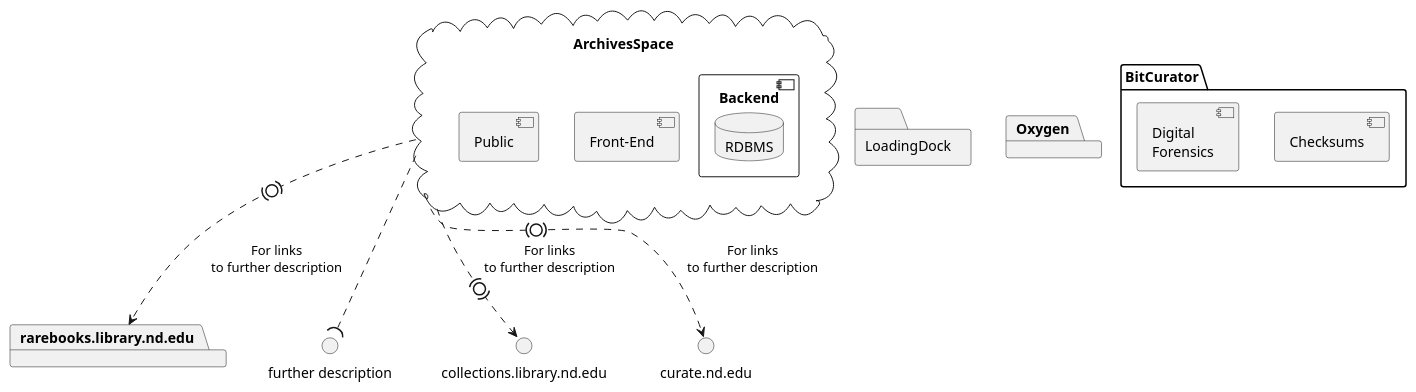
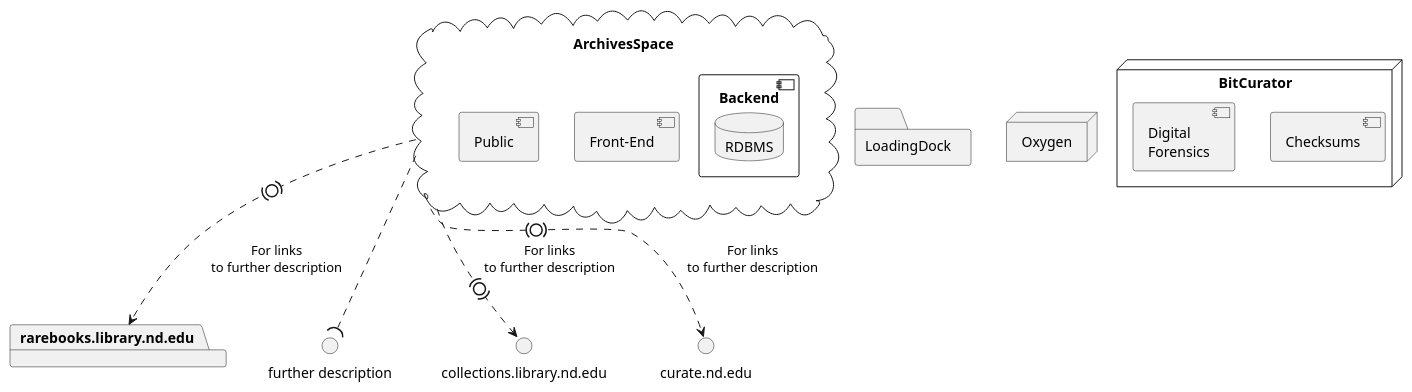
The diagram in plantuml/archivesspace.puml (ndlib/dam-ecosystem-mapping), drawn with PlantUML before and after one commit. The commit also changed 4 other files, not shown here.

Commit message:
Adding diagram icon description to README

```diff
--- a/plantuml/archivesspace.puml
+++ b/plantuml/archivesspace.puml
@@ -10,27 +10,27 @@
 @startuml
 
 
 cloud "ArchivesSpace" {
   component "Front-End"
   component "Public"
   component "Backend" {
     database "RDBMS"
   }
 }
 
 package "rarebooks.library.nd.edu"
 
 interface "further description" as FurtherDescription
 
 folder "LoadingDock"
-package "Oxygen"
-package "BitCurator" {
+node "Oxygen"
+node "BitCurator" {
   component "Checksums"
   component "Digital\nForensics"
 }
 
 ArchivesSpace .(0).> rarebooks.library.nd.edu : "For links\nto further description"
 ArchivesSpace .(0).> collections.library.nd.edu : "For links\nto further description"
 ArchivesSpace .(0).> curate.nd.edu : "For links\nto further description"
 ArchivesSpace ..( FurtherDescription
 @enduml
```
